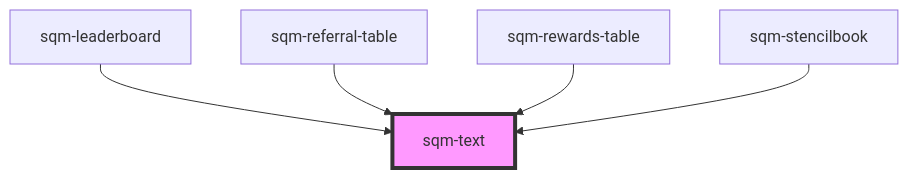
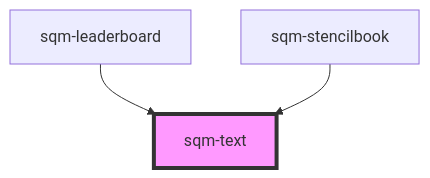
One commit to saasquatch/program-tools changed the diagram in packages/mint-components/src/components/sqm-text/readme.md. Above: the diagram before and after it, drawn with Mermaid. The commit also changed other lines of this file and 10 other files, not shown here.

````diff
--- a/packages/mint-components/src/components/sqm-text/readme.md
+++ b/packages/mint-components/src/components/sqm-text/readme.md
@@ -18,8 +16,6 @@
 ```mermaid
 graph TD;
   sqm-leaderboard --> sqm-text
-  sqm-referral-table --> sqm-text
-  sqm-rewards-table --> sqm-text
   sqm-stencilbook --> sqm-text
   style sqm-text fill:#f9f,stroke:#333,stroke-width:4px
 ```
````
